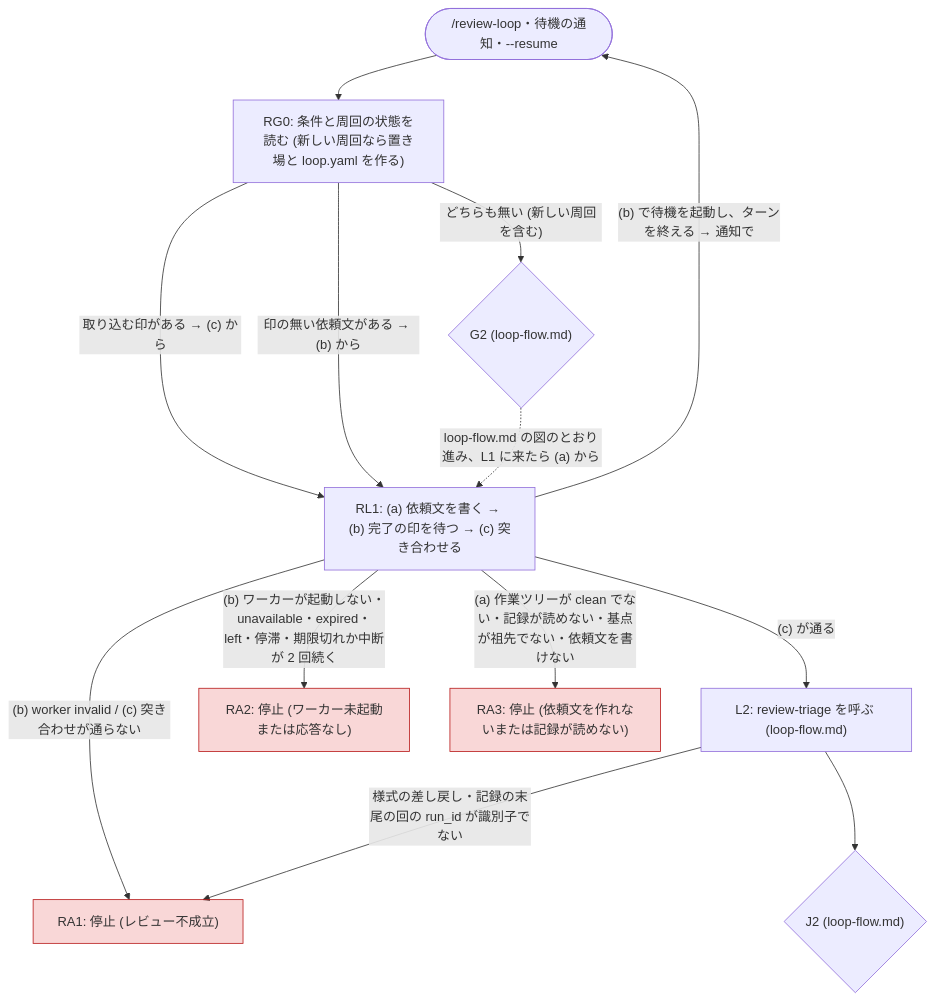
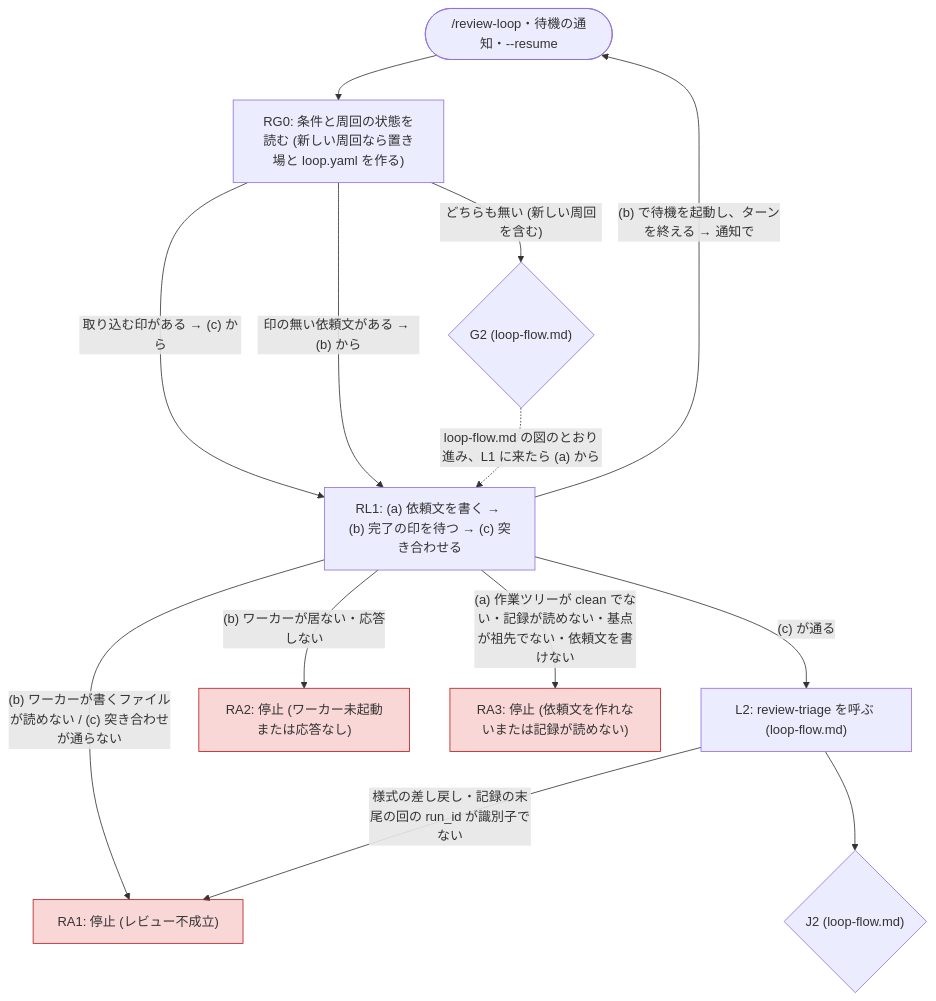
Before and after one commit to akm/claude-plugins: the diagram in review-triage/skills/review-loop/references/stops.md, drawn with Mermaid. The commit also changed other lines of this file and 6 other files, not shown here.

````diff
--- a/review-triage/skills/review-loop/references/stops.md
+++ b/review-triage/skills/review-loop/references/stops.md
@@ -11,29 +11,29 @@
 ```mermaid
 flowchart TD
   IN(["/review-loop・待機の通知・--resume"])
   RG0["RG0: 条件と周回の状態を読む (新しい周回なら置き場と loop.yaml を作る)"]
   RL1["RL1: (a) 依頼文を書く → (b) 完了の印を待つ → (c) 突き合わせる"]
   G2{"G2 (loop-flow.md)"}
   L2["L2: review-triage を呼ぶ (loop-flow.md)"]
   J2{"J2 (loop-flow.md)"}
   RA1["RA1: 停止 (レビュー不成立)"]
   RA2["RA2: 停止 (ワーカー未起動または応答なし)"]
   RA3["RA3: 停止 (依頼文を作れないまたは記録が読めない)"]
 
   IN --> RG0
   RG0 -- "取り込む印がある → (c) から" --> RL1
   RG0 -- "印の無い依頼文がある → (b) から" --> RL1
   RG0 -- "どちらも無い (新しい周回を含む)" --> G2
   G2 -. "loop-flow.md の図のとおり進み、L1 に来たら (a) から" .-> RL1
   RL1 -- "(b) で待機を起動し、ターンを終える → 通知で" --> IN
   RL1 -- "(a) 作業ツリーが clean でない・記録が読めない・基点が祖先でない・依頼文を書けない" --> RA3
-  RL1 -- "(b) ワーカーが起動しない・unavailable・expired・left・停滞・期限切れか中断が 2 回続く" --> RA2
-  RL1 -- "(b) worker invalid / (c) 突き合わせが通らない" --> RA1
+  RL1 -- "(b) ワーカーが居ない・応答しない" --> RA2
+  RL1 -- "(b) ワーカーが書くファイルが読めない / (c) 突き合わせが通らない" --> RA1
   RL1 -- "(c) が通る" --> L2
   L2 -- "様式の差し戻し・記録の末尾の回の run_id が識別子でない" --> RA1
   L2 --> J2
 
   style RA1 fill:#dc26262e,stroke:#b91c1c
   style RA2 fill:#dc26262e,stroke:#b91c1c
   style RA3 fill:#dc26262e,stroke:#b91c1c
 ```
````
